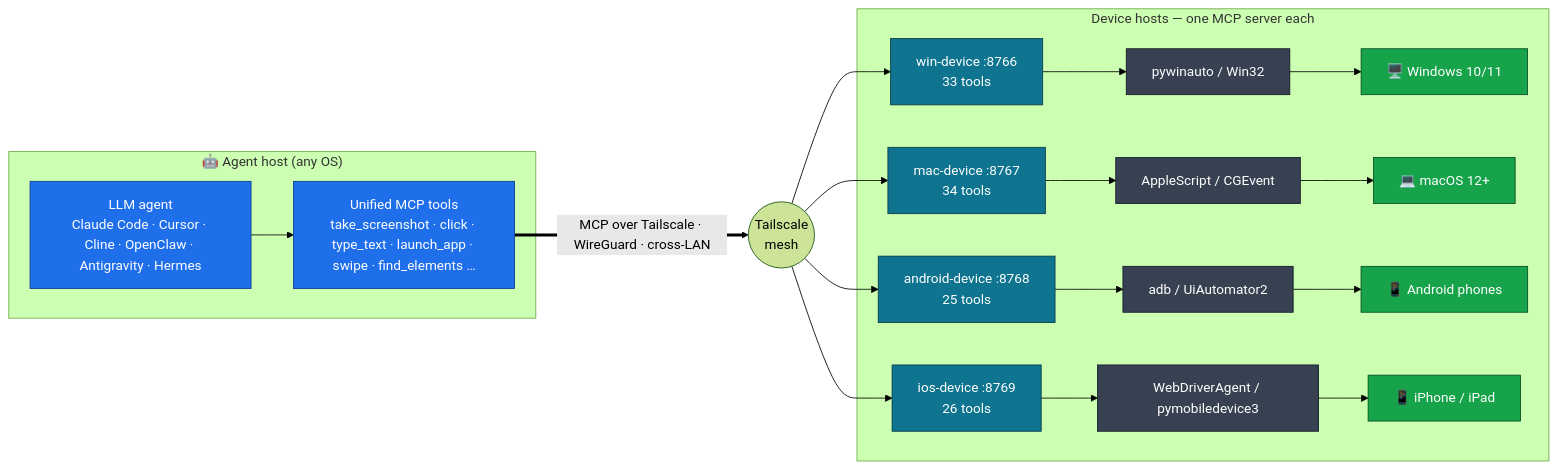
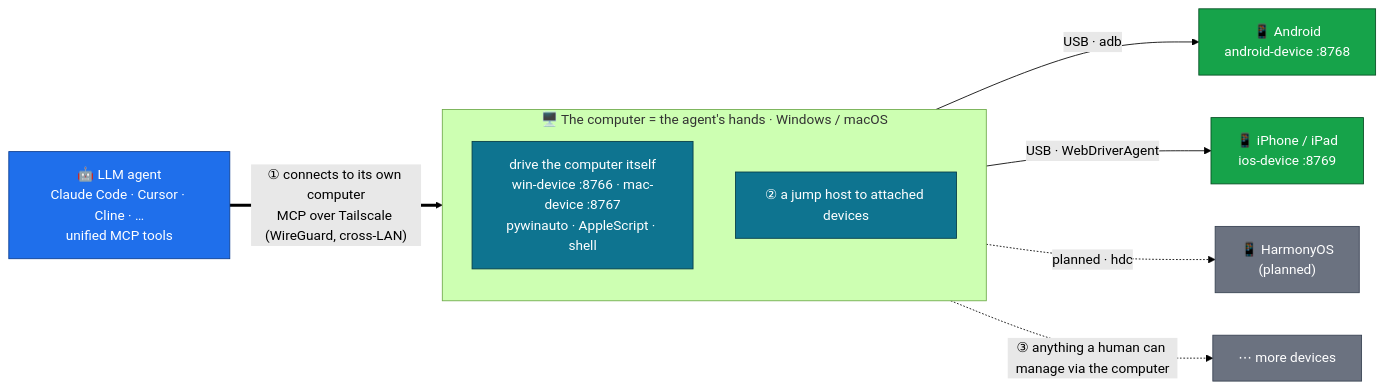
Before and after one commit to metahub-tech/agent-fleet: the diagram in README.de.md, drawn with Mermaid (forest theme). The commit also changed other lines of this file and 9 other files, not shown here.

First line of the commit message:
docs: redraw architecture as 'computer = jump host' (matches real topology)

````diff
--- a/README.de.md
+++ b/README.de.md
@@ -95,24 +95,22 @@
 ```mermaid
 flowchart LR
-  subgraph AGENT["🤖 Agent host (any OS)"]
-    A["LLM agent<br/>Claude Code · Cursor · Cline · OpenClaw · Antigravity · Hermes"]
-    TOOLS["Unified MCP tools<br/>take_screenshot · click · type_text · launch_app · swipe · find_elements …"]
-    A --> TOOLS
+  A["🤖 LLM agent<br/>Claude Code · Cursor · Cline · …<br/>unified MCP tools"]
+  A ==>|"① connects to its own computer<br/>MCP over Tailscale (WireGuard, cross-LAN)"| HUB
+  subgraph HUB["🖥️ The computer = the agent's hands · Windows / macOS"]
+    direction TB
+    SELF["drive the computer itself<br/>win-device :8766 · mac-device :8767<br/>pywinauto · AppleScript · shell"]
+    JUMP["② a jump host to attached devices"]
   end
-  TOOLS ==>|"MCP over Tailscale · WireGuard · cross-LAN"| MESH(("Tailscale<br/>mesh"))
-  MESH --> W & M & D & I
-  subgraph DEVICES["Device hosts — one MCP server each"]
-    W["win-device :8766<br/>33 tools"] --> WDRV["pywinauto / Win32"] --> WP["🖥️ Windows 10/11"]
-    M["mac-device :8767<br/>34 tools"] --> MDRV["AppleScript / CGEvent"] --> MP["💻 macOS 12+"]
-    D["android-device :8768<br/>25 tools"] --> DDRV["adb / UiAutomator2"] --> DP["📱 Android phones"]
-    I["ios-device :8769<br/>26 tools"] --> IDRV["WebDriverAgent / pymobiledevice3"] --> IP["📱 iPhone / iPad"]
-  end
+  JUMP -->|"USB · adb"| AND["📱 Android<br/>android-device :8768"]
+  JUMP -->|"USB · WebDriverAgent"| IOS["📱 iPhone / iPad<br/>ios-device :8769"]
+  JUMP -.->|"planned · hdc"| HM["📱 HarmonyOS<br/>(planned)"]
+  JUMP -.->|"③ anything a human can manage via the computer"| MORE["⋯ more devices"]
   classDef agent fill:#1f6feb,stroke:#0b3d91,color:#fff
-  classDef srv fill:#0e7490,stroke:#063b46,color:#fff
-  classDef drv fill:#374151,stroke:#111827,color:#fff
+  classDef hub fill:#0e7490,stroke:#053b46,color:#fff
   classDef dev fill:#16a34a,stroke:#064e23,color:#fff
-  class A,TOOLS agent
-  class W,M,D,I srv
-  class WDRV,MDRV,DDRV,IDRV drv
-  class WP,MP,DP,IP dev
+  classDef plan fill:#6b7280,stroke:#374151,color:#fff
+  class A agent
+  class SELF,JUMP hub
+  class AND,IOS dev
+  class HM,MORE plan
 ```
````
